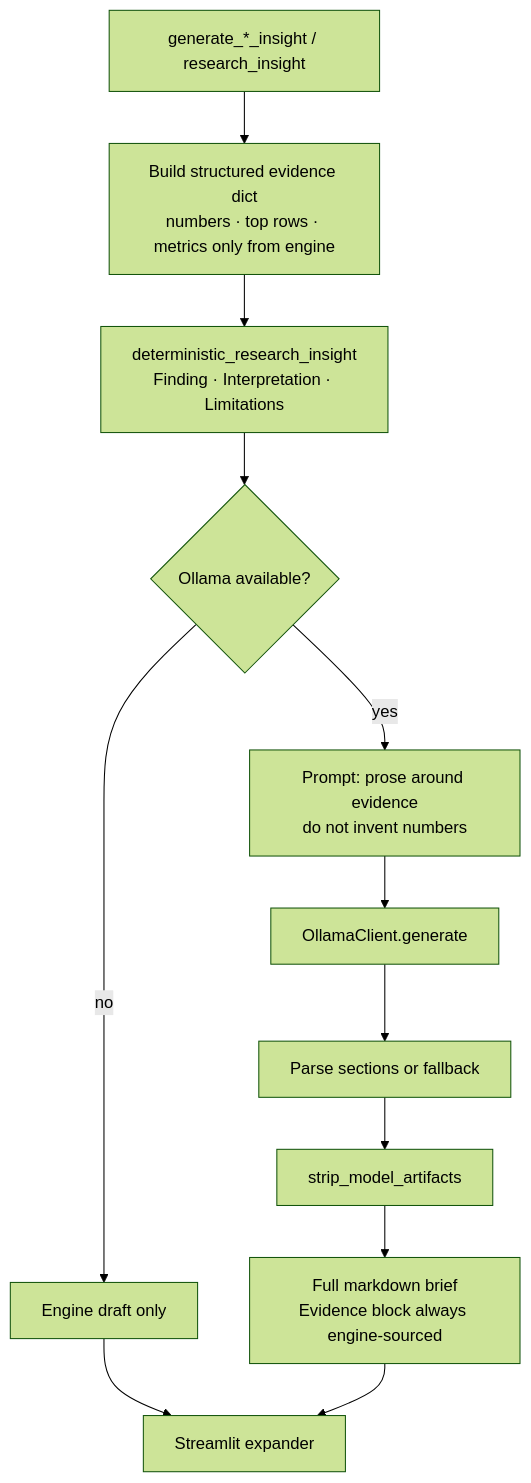
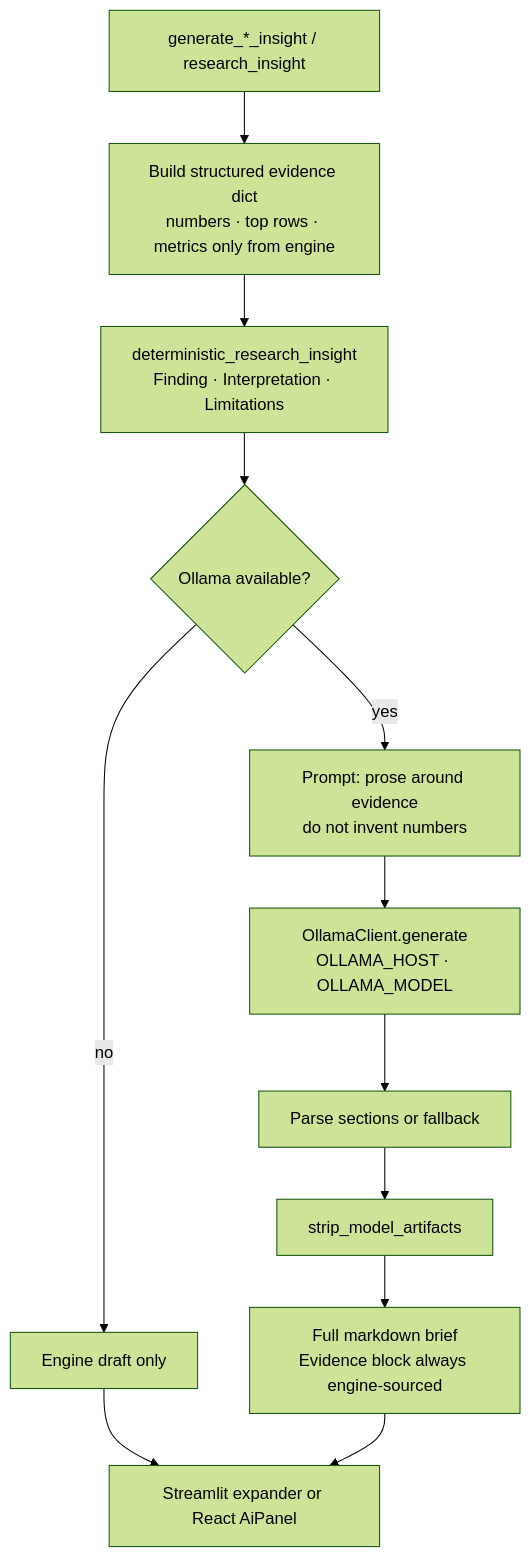
One commit to NetRunnerXD/Aadhaar-Intel-Engine-UIDAI changed diagram 20 of 24 in flowchart.md. Above: the diagram before and after it, drawn with Mermaid (forest theme). The commit also changed other lines of this file and 1 other file, not shown here.

First line of the commit message:
docs: update flowchart and feature parity for dual UI stack

````diff
--- a/flowchart.md
+++ b/flowchart.md
@@ -453,14 +576,14 @@
 ```mermaid
 flowchart TD
     CALL["generate_*_insight / research_insight"] --> EV[Build structured evidence dict<br/>numbers · top rows · metrics only from engine]
     EV --> DET[deterministic_research_insight<br/>Finding · Interpretation · Limitations]
     DET --> OLL{Ollama available?}
     OLL -->|no| OUT1[Engine draft only]
     OLL -->|yes| PROMPT[Prompt: prose around evidence<br/>do not invent numbers]
-    PROMPT --> LLM[OllamaClient.generate]
+    PROMPT --> LLM["OllamaClient.generate<br/>OLLAMA_HOST · OLLAMA_MODEL"]
     LLM --> PARSE[Parse sections or fallback]
     PARSE --> STRIP[strip_model_artifacts]
     STRIP --> OUT2[Full markdown brief<br/>Evidence block always engine-sourced]
-    OUT1 --> UI[Streamlit expander]
+    OUT1 --> UI[Streamlit expander or React AiPanel]
     OUT2 --> UI
 ```
````
